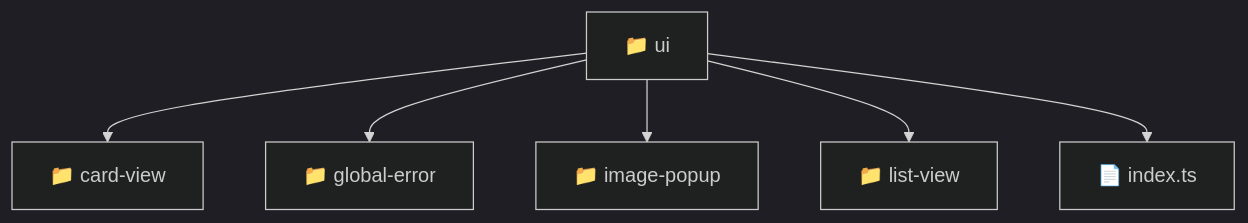
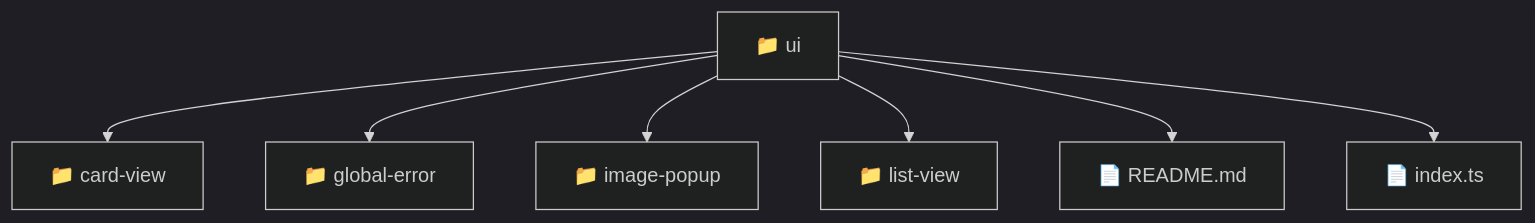
Before and after one commit to beginwebdev2002/fullstack-mavluda: the diagram in frontend/src/shared/ui/README.md, drawn with Mermaid (dark theme). The commit also changed other lines of this file and 158 other files, not shown here.

First line of the commit message:
chore: autogenerate luxury professional README.md files for full architectural transparency

````diff
--- a/frontend/src/shared/ui/README.md
+++ b/frontend/src/shared/ui/README.md
@@ -11,9 +11,10 @@
 ```mermaid
 graph TD
   Root["📁 ui"]
-  Root --> card-view["📁 card-view"]
-  Root --> global-error["📁 global-error"]
-  Root --> image-popup["📁 image-popup"]
-  Root --> list-view["📁 list-view"]
+  Root --> card_view["📁 card-view"]
+  Root --> global_error["📁 global-error"]
+  Root --> image_popup["📁 image-popup"]
+  Root --> list_view["📁 list-view"]
+  Root --> README_md["📄 README.md"]
   Root --> index_ts["📄 index.ts"]
 ```
````
